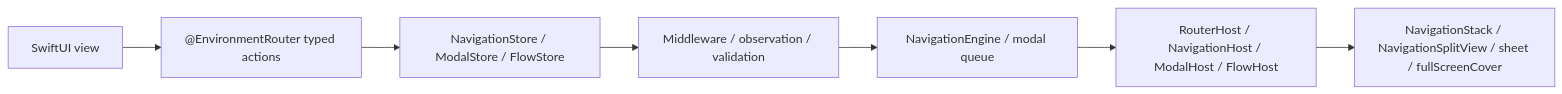
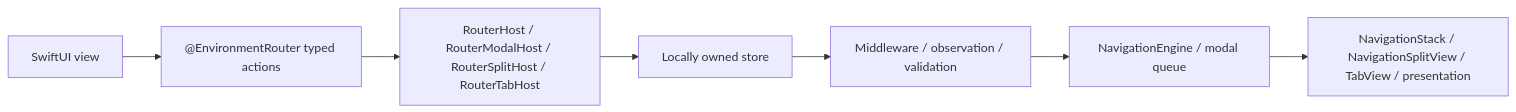
One commit to InnoSquadCorp/InnoRouter changed the first of 2 diagrams in README.md. Above: the diagram before and after it, drawn with Mermaid. The commit also changed other lines of this file and 1 other file, not shown here.

````diff
--- a/README.md
+++ b/README.md
@@ -358,9 +383,9 @@
 ```mermaid
 flowchart LR
     View["SwiftUI view"] --> Actions["@EnvironmentRouter typed actions"]
-    Actions --> Store["NavigationStore / ModalStore / FlowStore"]
+    Actions --> Host["RouterHost / RouterModalHost / RouterSplitHost / RouterTabHost"]
+    Host --> Store["Locally owned store"]
     Store --> Policy["Middleware / observation / validation"]
     Policy --> Execution["NavigationEngine / modal queue"]
-    Execution --> Host["RouterHost / NavigationHost / ModalHost / FlowHost"]
-    Host --> System["NavigationStack / NavigationSplitView / sheet / fullScreenCover"]
+    Execution --> System["NavigationStack / NavigationSplitView / TabView / presentation"]
 ```
````
